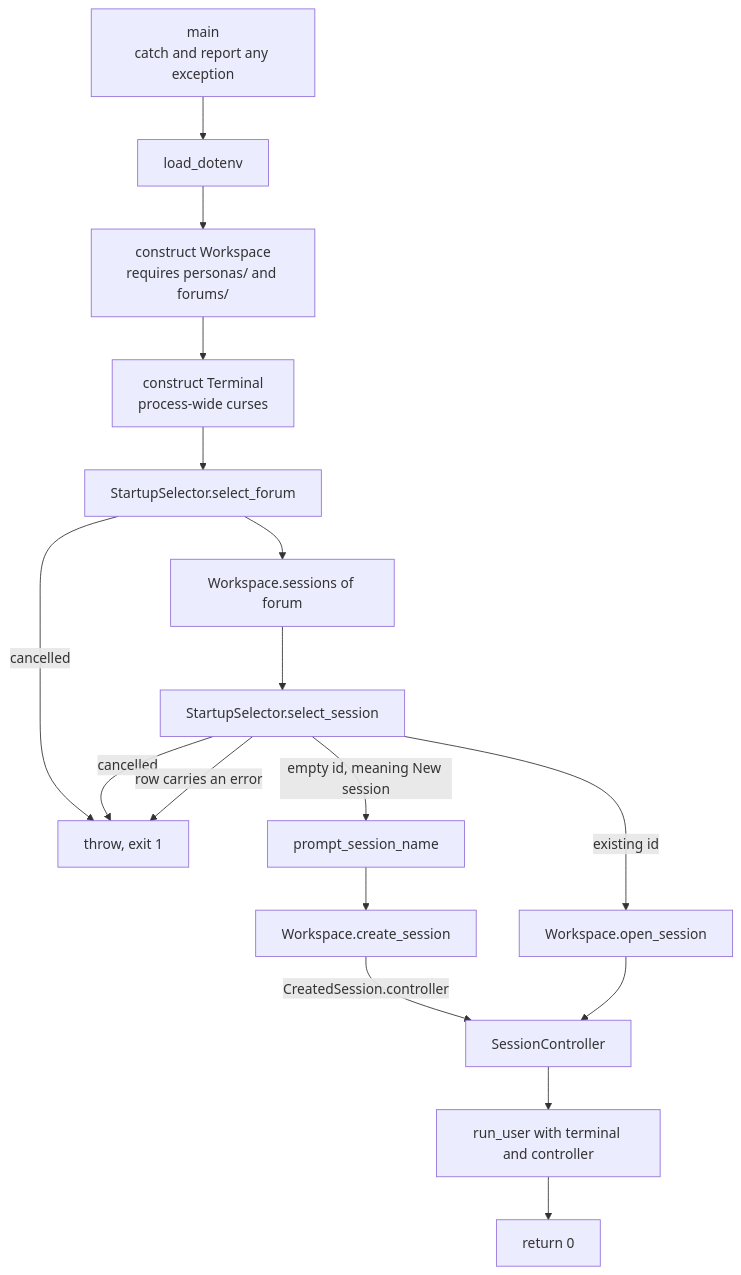
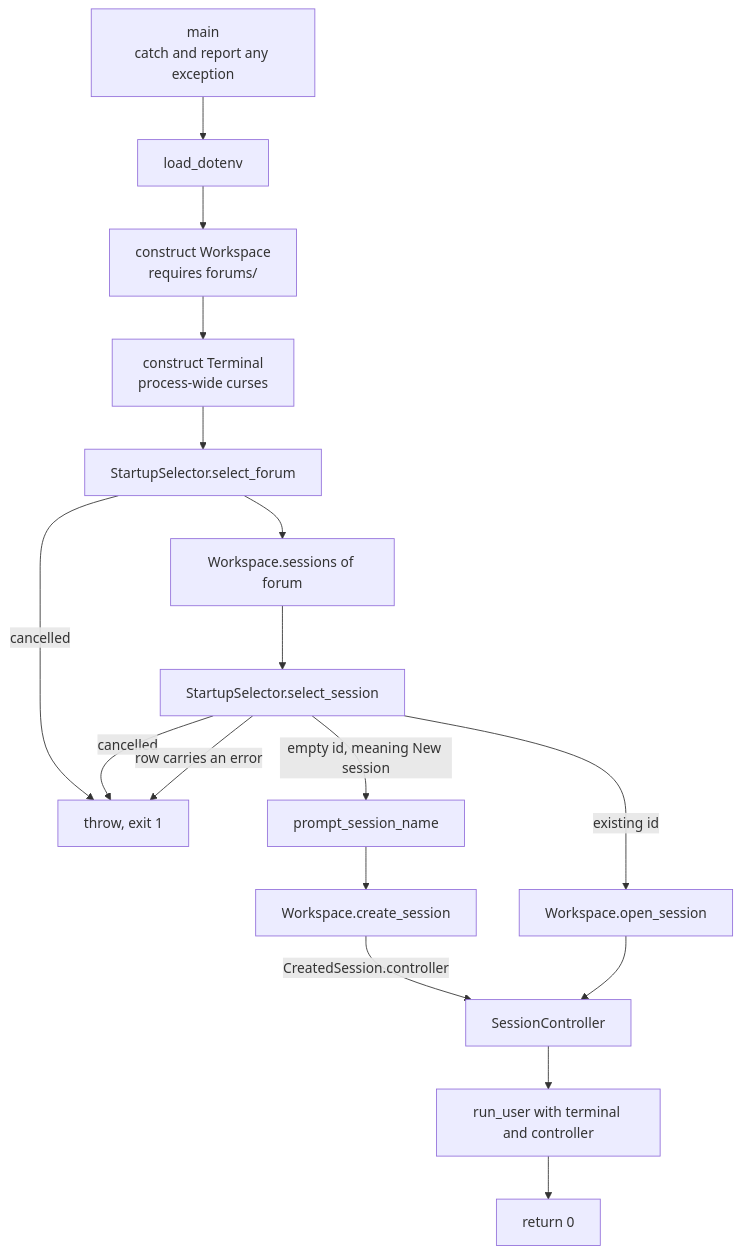
Before and after one commit to michaelpopov/cha: the diagram in src/apps/README.md, drawn with Mermaid. The commit also changed 37 other files, not shown here.

````diff
--- a/src/apps/README.md
+++ b/src/apps/README.md
@@ -17,19 +17,19 @@
 ```mermaid
 flowchart TD
     a["main<br/>catch and report any exception"] --> b["load_dotenv"]
-    b --> c["construct Workspace<br/>requires personas/ and forums/"]
+    b --> c["construct Workspace<br/>requires forums/"]
     c --> d["construct Terminal<br/>process-wide curses"]
     d --> e["StartupSelector.select_forum"]
     e -->|"cancelled"| x["throw, exit 1"]
     e --> f["Workspace.sessions of forum"]
     f --> g["StartupSelector.select_session"]
     g -->|"cancelled"| x
     g -->|"row carries an error"| x
     g -->|"empty id, meaning New session"| h["prompt_session_name"]
     h --> i["Workspace.create_session"]
     g -->|"existing id"| j["Workspace.open_session"]
     i -->|"CreatedSession.controller"| k["SessionController"]
     j --> k
     k --> l["run_user with terminal and controller"]
     l --> m["return 0"]
 ```
````
